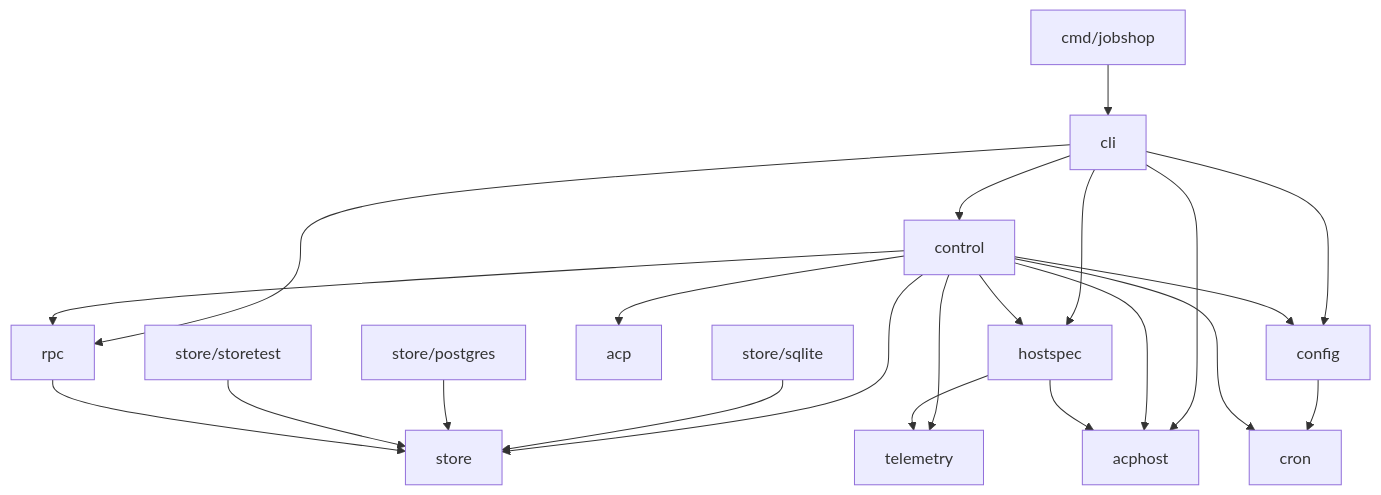
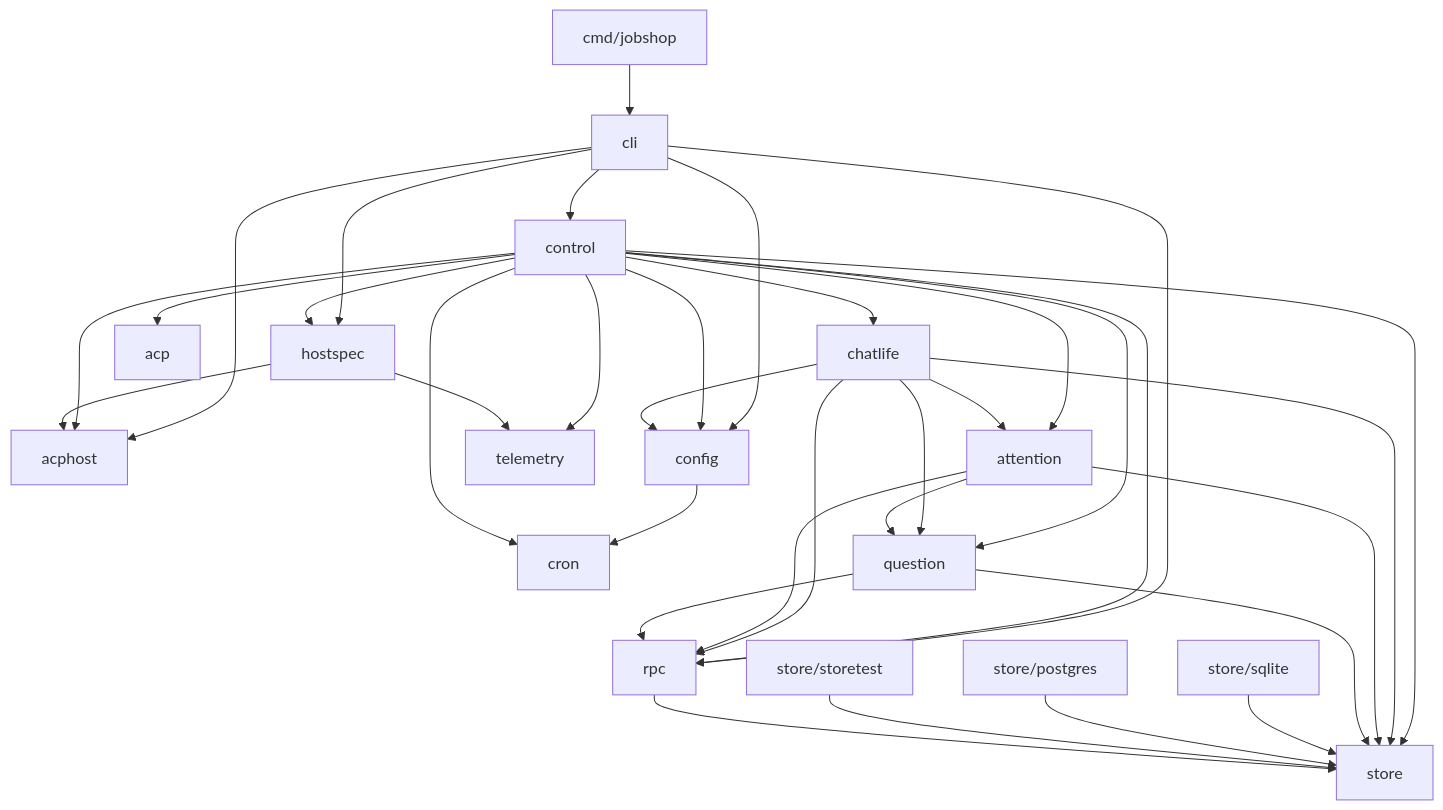
Before and after one commit to elee1766/jobshop: the diagram in docs/layout.md, drawn with Mermaid. The commit also changed other lines of this file and 27 other files, not shown here.

First line of the commit message:
refactor(control): extract attention, question and managed-chat rules (JOB-147) (#1076)

````diff
--- a/docs/layout.md
+++ b/docs/layout.md
@@ -77,12 +80,16 @@
 ```mermaid
 flowchart TD
   cmd[cmd/jobshop] --> cli
   cli --> control & acphost & hostspec
   cli --> rpc & config
   config --> cron
   control --> store & rpc & config & telemetry & acp & acphost & hostspec & cron
+  control --> chatlife & attention & question
+  chatlife --> attention & question & config & rpc & store
+  attention --> question & rpc & store
+  question --> rpc & store
   hostspec --> acphost & telemetry
   sqlite[store/sqlite] & postgres[store/postgres] --> store
   storetest[store/storetest] --> store
   rpc --> store
 ```
````
